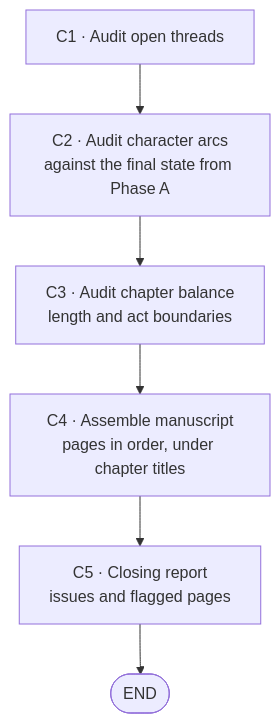
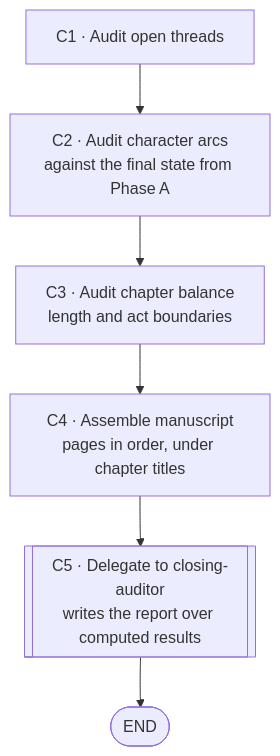
The third of 4 diagrams in specs/functional_specification_story_agent.md (Asieribarz/my-story-marker), drawn with Mermaid before and after one commit. The commit also changed other lines of this file and 8 other files, not shown here.

````diff
--- a/specs/functional_specification_story_agent.md
+++ b/specs/functional_specification_story_agent.md
@@ -281,10 +339,10 @@
 ```mermaid
 flowchart TD
     C1["C1 · Audit open threads"]
     C2["C2 · Audit character arcs<br/>against the final state from Phase A"]
     C3["C3 · Audit chapter balance<br/>length and act boundaries"]
     C4["C4 · Assemble manuscript<br/>pages in order, under chapter titles"]
-    C5["C5 · Closing report<br/>issues and flagged pages"]
+    C5[["C5 · Delegate to closing-auditor<br/>writes the report over computed results"]]
     FIN([END])
     C1 --> C2 --> C3 --> C4 --> C5 --> FIN
 ```
````
